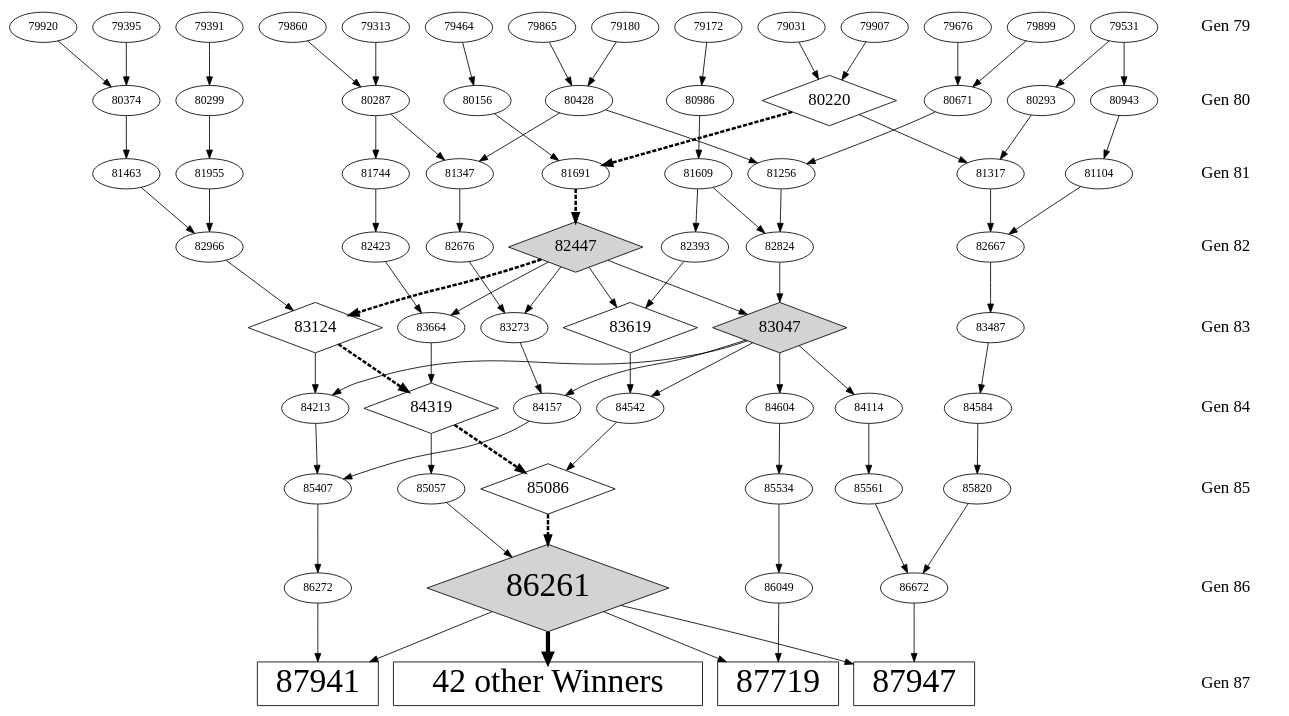
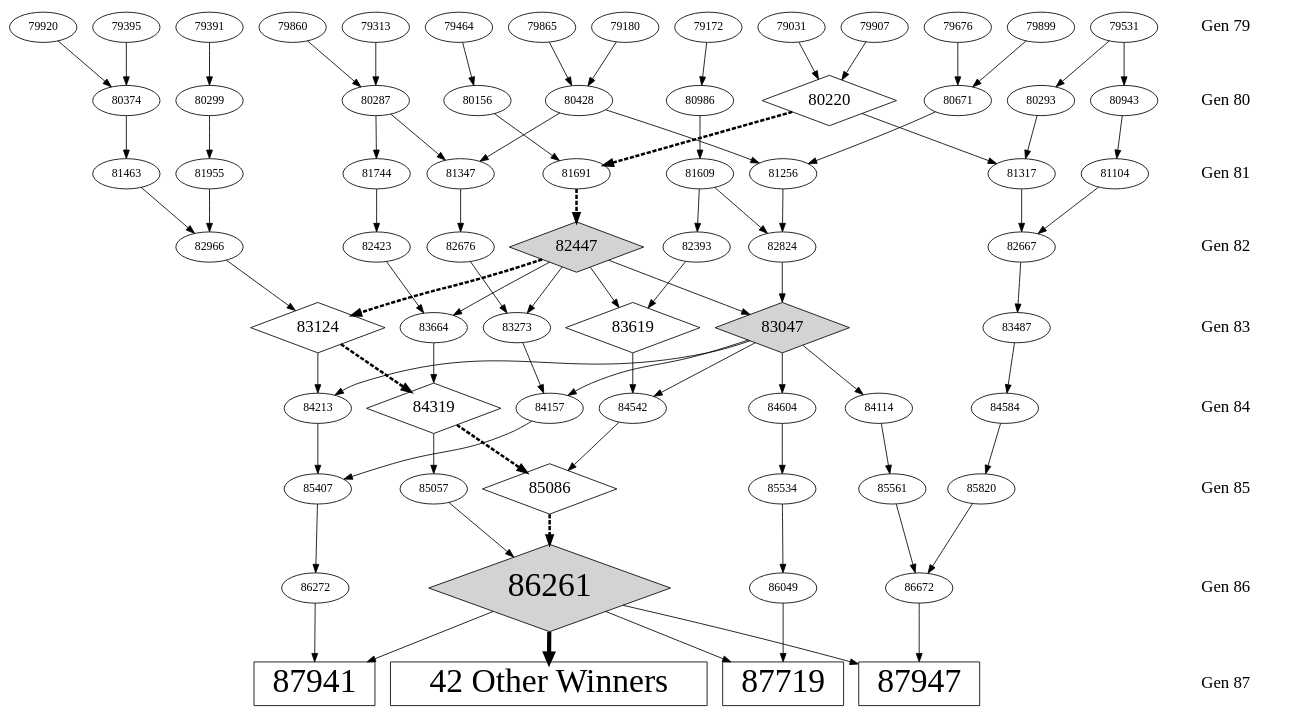
Before and after one commit to NicMcPhee/Graph-DB-and-GP-paper-GPTP-2015: the diagram in data/Neo4J/replace-space-with-newline/lexicase/run6/ancestors_of_winners.dot, drawn with Graphviz. The commit also changed 1 other file, not shown here.

Commit message:
Fixed capitalization problem in the big figure.
I had "42 other Winners"; now it's "42 Other Winners".

```diff
--- a/data/Neo4J/replace-space-with-newline/lexicase/run6/ancestors_of_winners.dot
+++ b/data/Neo4J/replace-space-with-newline/lexicase/run6/ancestors_of_winners.dot
@@ -1,108 +1,108 @@
 digraph G {
 	79031 -> 80220;
 	79172 -> 80986;
 	79180 -> 80428;
 	79313 -> 80287;
 	79391 -> 80299;
 	79395 -> 80374;
 	79464 -> 80156;
 	79531 -> 80943;
 	79531 -> 80293;
 	79676 -> 80671;
 	79860 -> 80287;
 	79865 -> 80428;
 	79899 -> 80671;
 	79907 -> 80220;
 	79920 -> 80374;
 	80156 -> 81691;
 	80220 -> 81691 [penwidth=3, style=dashed];
 	80220 [shape=diamond, fontsize=20]
 	80220 -> 81317;
 	80287 -> 81347;
 	80287 -> 81744;
 	80293 -> 81317;
 	80299 -> 81955;
 	80374 -> 81463;
 	80428 -> 81347;
 	80428 -> 81256;
 	80671 -> 81256;
 	80943 -> 81104;
 	80986 -> 81609;
 	81104 -> 82667;
 	81256 -> 82824;
 	81317 -> 82667;
 	81347 -> 82676;
 	81463 -> 82966;
 	81609 -> 82824;
 	81609 -> 82393;
 	82447 [shape=diamond, style=filled, fillcolor="lightgrey", fontsize=20]
 	81691 -> 82447 [penwidth=3, style=dashed];
 	81744 -> 82423;
 	81955 -> 82966;
 	82393 -> 83619;
 	82423 -> 83664;
 	82447 -> 83664;
 	82447 -> 83619;
 	82447 -> 83273;
 	82447 -> 83124 [penwidth=3, style=dashed];
 	82447 -> 83047;
 	82667 -> 83487;
 	82676 -> 83273;
 	82824 -> 83047;
 	82966 -> 83124;
 	83047 [shape=diamond, style=filled, fillcolor="lightgrey", fontsize=20]
 	83047 -> 84604;
 	83047 -> 84542;
 	83047 -> 84114;
 	83047 -> 84157;
 	83047 -> 84213;
 	83124 -> 84319 [penwidth=3, style=dashed];
 	83124 [shape=diamond, fontsize=20]
 	83124 -> 84213;
 	83273 -> 84157;
 	83487 -> 84584;
 	83619 [shape=diamond, fontsize=20]
 	83619 -> 84542;
 	83664 -> 84319;
 	84114 -> 85561;
 	84157 -> 85407;
 	84213 -> 85407;
 	84319 -> 85057;
 	84319 [shape=diamond, fontsize=20]
 	84319 -> 85086 [penwidth=3, style=dashed];
 	84542 -> 85086;
 	84584 -> 85820;
 	84604 -> 85534;
 	85057 -> 86261;
 	85086 [shape=diamond, fontsize=20]
 	85086 -> 86261 [penwidth=3, style=dashed];
 	85407 -> 86272;
 	85534 -> 86049;
 	85561 -> 86672;
 	85820 -> 86672;
 	87719 [shape=rectangle, fontsize=40]
 	87941 [shape=rectangle, fontsize=40]
 	87947 [shape=rectangle, fontsize=40]
 	86049 -> 87719;
 	86272 -> 87941;
 	86672 -> 87947;
 
-	"42 other Winners" [shape=rectangle, fontsize=40]
+	"42 Other Winners" [shape=rectangle, fontsize=40]
 	86261 [shape=diamond, style=filled, fillcolor="lightgrey", fontsize=40]
-	86261 -> "42 other Winners" [penwidth=5];
+	86261 -> "42 Other Winners" [penwidth=5];
 	86261 -> 87719;
 	86261 -> 87941;
 	86261 -> 87947;
 
 	node [penwidth=0, fontsize=20]
 	"Gen 79" -> "Gen 80" -> "Gen 81" -> "Gen 82" -> "Gen 83" -> "Gen 84" -> "Gen 85" -> "Gen 86" -> "Gen 87" [style=invis];
 	{ rank=same; "Gen 79", 79031 }
 	{ rank=same; "Gen 80", 80428 }
 	{ rank=same; "Gen 81", 81256 }
 	{ rank=same; "Gen 82", 82824 }
 	{ rank=same; "Gen 83", 83047 }
 	{ rank=same; "Gen 84", 84157 }
 	{ rank=same; "Gen 85", 85407 }
 	{ rank=same; "Gen 86", 86049 }
 	{ rank=same; "Gen 87", 87947 }
 }
```
